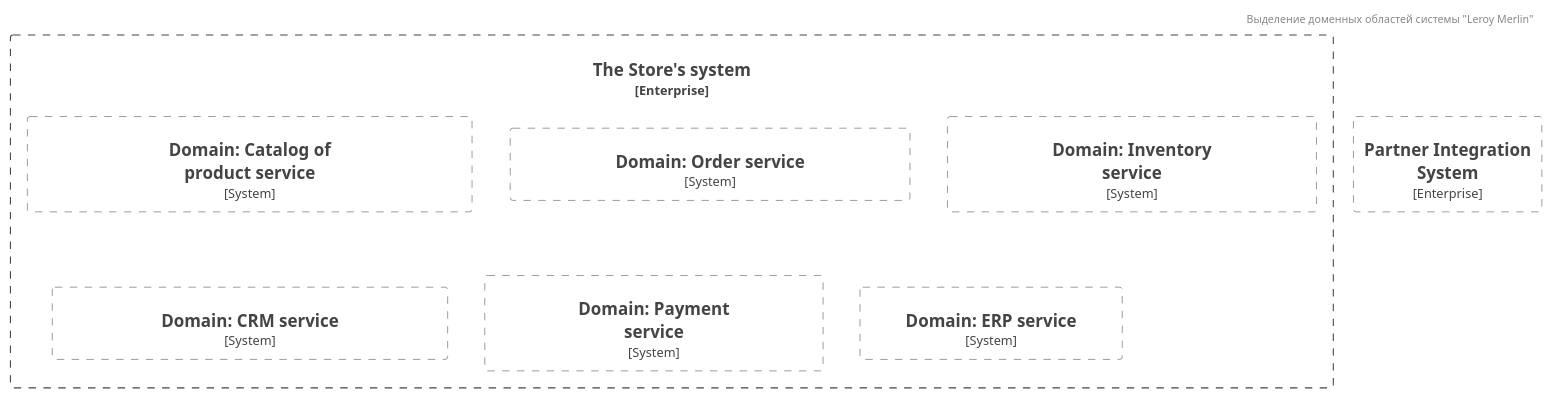
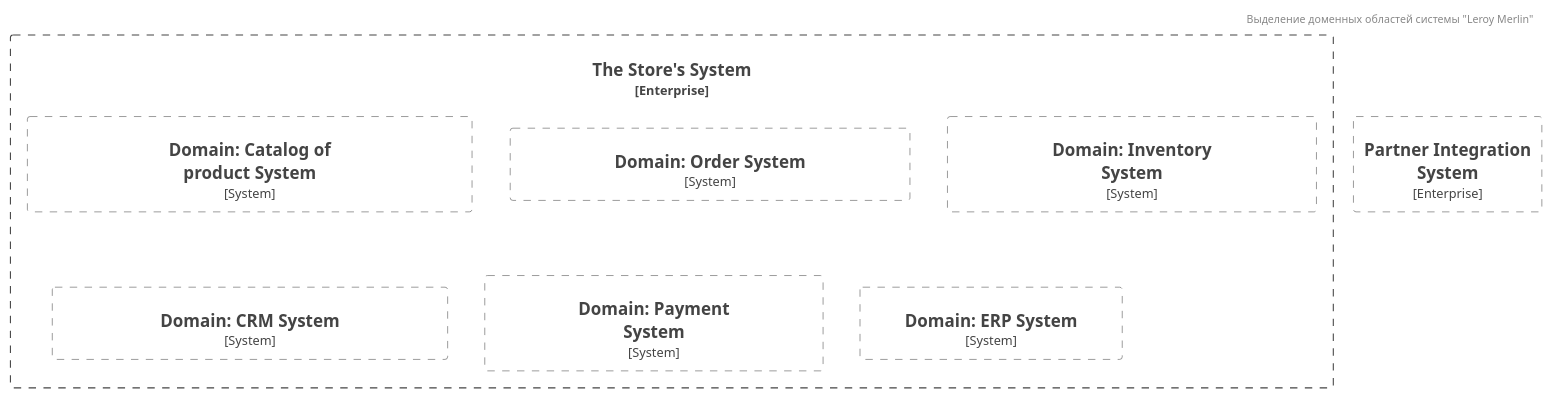
Before and after one commit to Ignatenkoplus/Ignatenko_analytics_practice: the diagram in allocation_of_domain_areas _of _the system.puml, drawn with PlantUML. The commit also changed 5 other files, not shown here.

```diff
--- a/allocation_of_domain_areas _of _the system.puml
+++ b/allocation_of_domain_areas _of _the system.puml
@@ -1,15 +1,15 @@
 @startuml Доменные зоны
 header Выделение доменных областей системы "Leroy Merlin" 
 
 !include https://raw.githubusercontent.com/plantuml-stdlib/C4-PlantUML/master/C4_Container.puml
-Enterprise_Boundary(s1 , "The Store's system"){
-    System_Boundary(s2 , "Domain: Catalog of product service", "Управление информацией о товарах, ценами, описаниями, ассортиментом и наличием на складе")
-    System_Boundary(s3, "Domain: Order service", "Обработка заказов как из интернет-магазина, так и из оффлайн торговых точек")
-    System_Boundary(s4, "Domain: Inventory service", "Управление собственными складами компании и складами поставщиков" )
-    System_Boundary(s5, "Domain: CRM service", "Управление информацией о клиентах, историях покупок, программы лояльности")
-    System_Boundary(s6, "Domain: Payment service", "Обработка платежей, интеграция с платежными системами")
-    System_Boundary(s7, "Domain: ERP service", "Управление внутренними процессами")
+Enterprise_Boundary(s1 , "The Store's System"){
+    System_Boundary(s2 , "Domain: Catalog of product System", "Управление информацией о товарах, ценами, описаниями, ассортиментом и наличием на складе")
+    System_Boundary(s3, "Domain: Order System", "Обработка заказов как из интернет-магазина, так и из оффлайн торговых точек")
+    System_Boundary(s4, "Domain: Inventory System", "Управление собственными складами компании и складами поставщиков" )
+    System_Boundary(s5, "Domain: CRM System", "Управление информацией о клиентах, историях покупок, программы лояльности")
+    System_Boundary(s6, "Domain: Payment System", "Обработка платежей, интеграция с платежными системами")
+    System_Boundary(s7, "Domain: ERP System", "Управление внутренними процессами")
 }
 Enterprise_Boundary(s8, "Partner Integration System")
 
 @enduml
```
